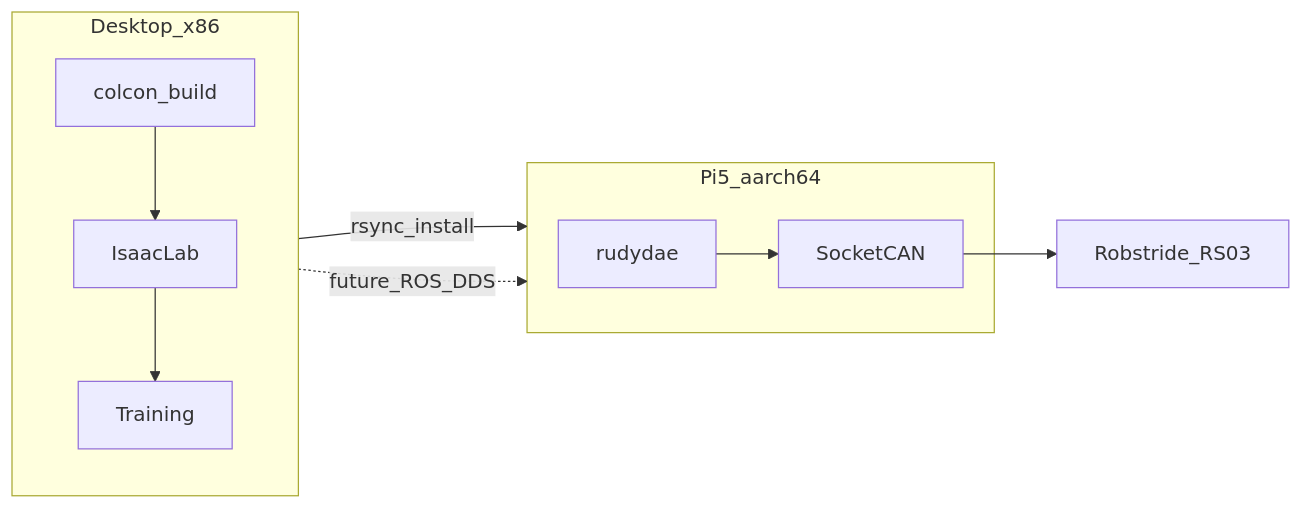
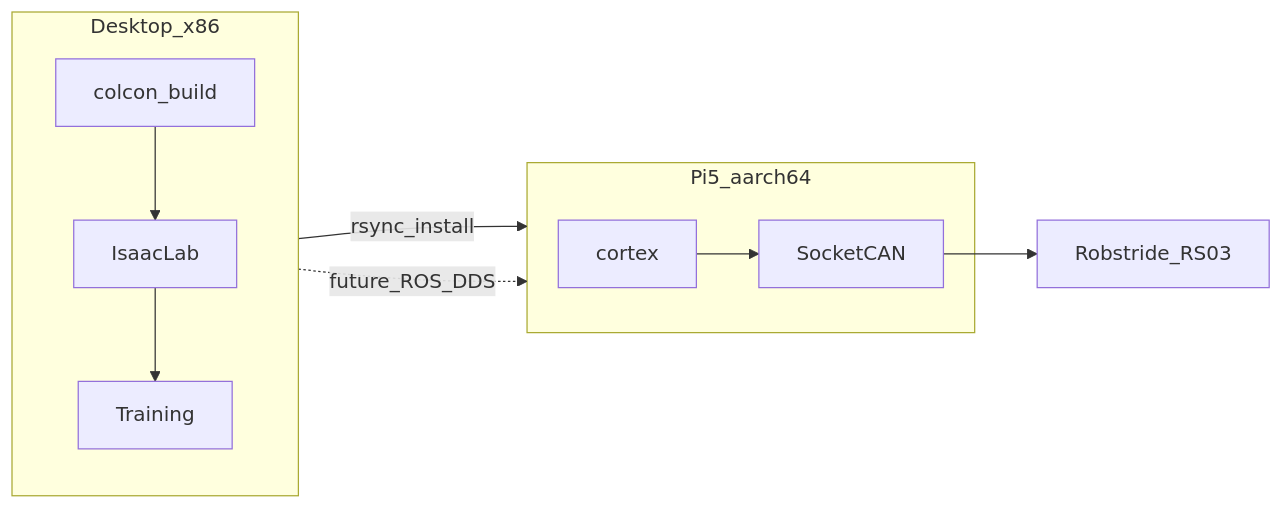
The first of 2 diagrams in docs/architecture.md (jaylamping/rudy), drawn with Mermaid before and after one commit. The commit also changed other lines of this file and 176 other files, not shown here.

First line of the commit message:
refactor(cortex): rename rudydae/rudyd to cortex and split wire types (#1)

````diff
--- a/docs/architecture.md
+++ b/docs/architecture.md
@@ -12,18 +12,18 @@
 ```mermaid
 graph LR
   subgraph desktop [Desktop_x86]
     Build[colcon_build]
     Sim[IsaacLab]
     Train[Training]
     Build --> Sim --> Train
   end
 
   subgraph pi5 [Pi5_aarch64]
-    Daemon[rudydae]
+    Daemon[cortex]
     Daemon --> CAN[SocketCAN]
   end
 
   desktop -->|rsync_install| pi5
   desktop -.->|future_ROS_DDS| pi5
   CAN --> Act[Robstride_RS03]
 ```
````
